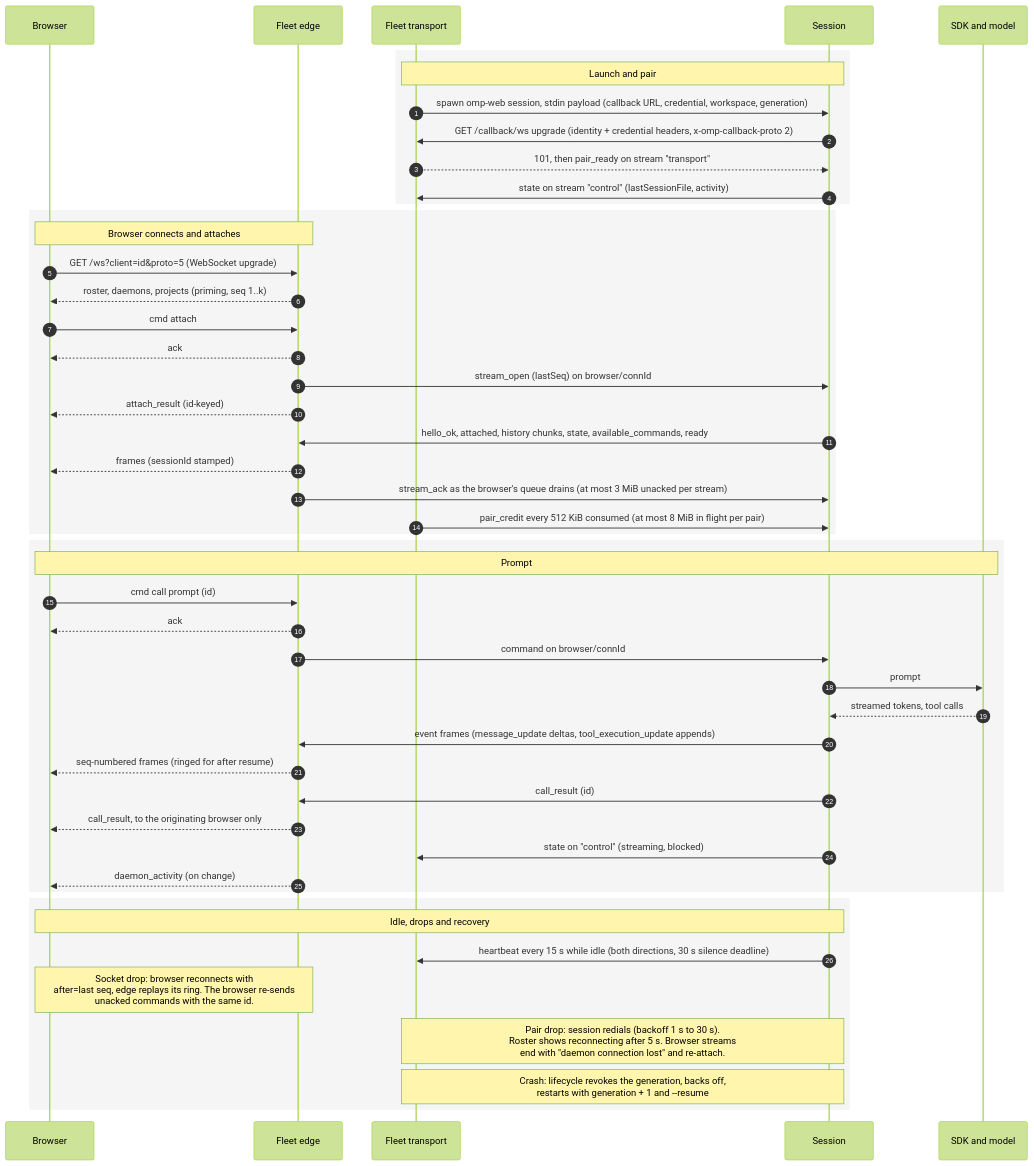
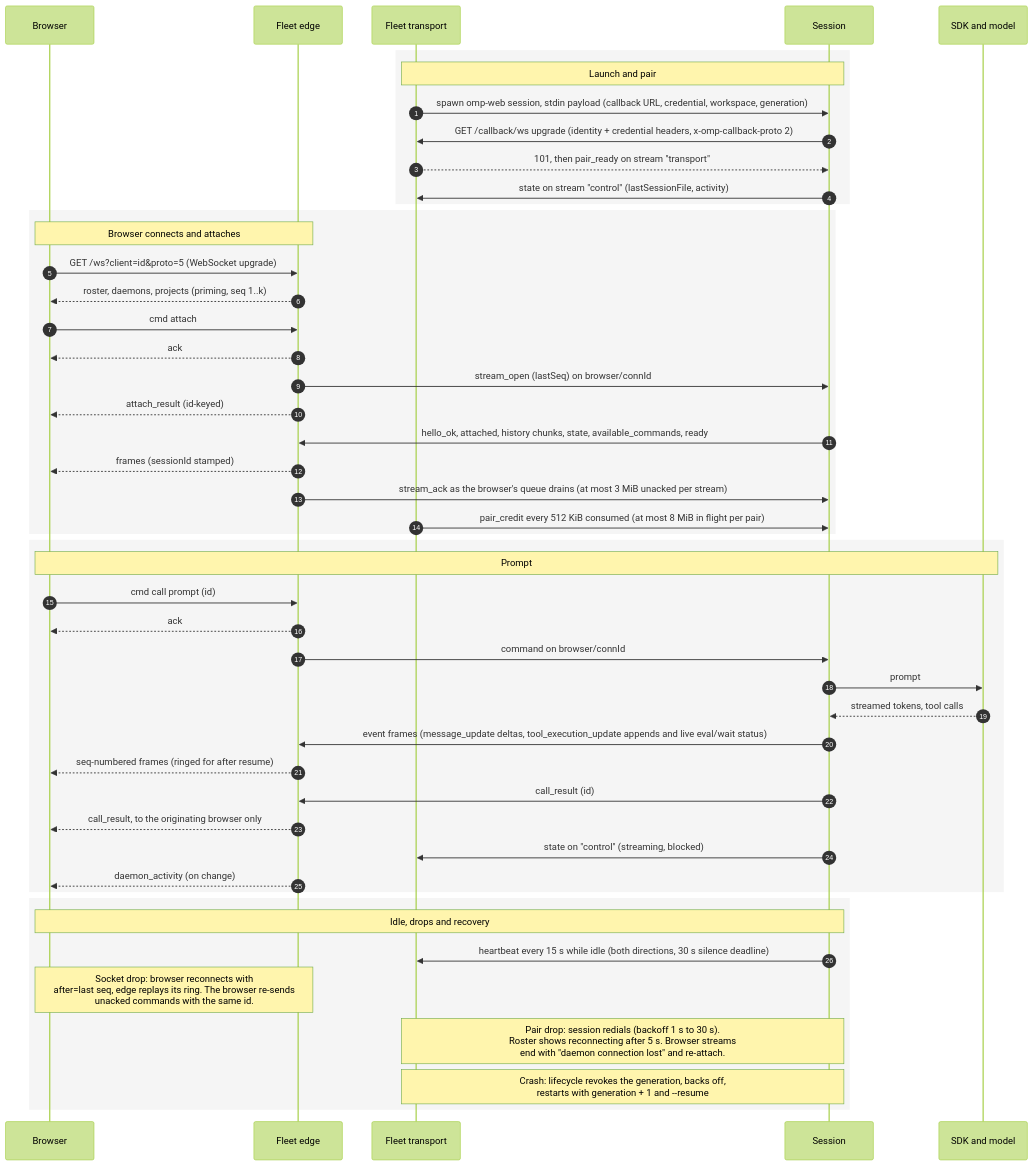
Before and after one commit to nibblebot/omp-web: the second of 2 diagrams in docs/architecture.md, drawn with Mermaid (forest theme). The commit also changed 31 other files, not shown here.

First line of the commit message:
feat(sdk): rich eval, MCP progress, wait and subagent-step tool cards (SDK 18.12.6)

````diff
--- a/docs/architecture.md
+++ b/docs/architecture.md
@@ -64,54 +64,54 @@
 ```mermaid
 sequenceDiagram
   autonumber
   participant B as Browser
   participant E as Fleet edge
   participant T as Fleet transport
   participant S as Session
   participant M as SDK and model
 
   rect rgba(128,128,128,0.08)
   Note over T,S: Launch and pair
   T->>S: spawn omp-web session, stdin payload (callback URL, credential, workspace, generation)
   S->>T: GET /callback/ws upgrade (identity + credential headers, x-omp-callback-proto 2)
   T-->>S: 101, then pair_ready on stream "transport"
   S->>T: state on stream "control" (lastSessionFile, activity)
   end
 
   rect rgba(128,128,128,0.08)
   Note over B,E: Browser connects and attaches
   B->>E: GET /ws?client=id&proto=5 (WebSocket upgrade)
   E-->>B: roster, daemons, projects (priming, seq 1..k)
   B->>E: cmd attach
   E-->>B: ack
   E->>S: stream_open (lastSeq) on browser/connId
   E-->>B: attach_result (id-keyed)
   S->>E: hello_ok, attached, history chunks, state, available_commands, ready
   E-->>B: frames (sessionId stamped)
   E->>S: stream_ack as the browser's queue drains (at most 3 MiB unacked per stream)
   T->>S: pair_credit every 512 KiB consumed (at most 8 MiB in flight per pair)
   end
 
   rect rgba(128,128,128,0.08)
   Note over B,M: Prompt
   B->>E: cmd call prompt (id)
   E-->>B: ack
   E->>S: command on browser/connId
   S->>M: prompt
   M-->>S: streamed tokens, tool calls
-  S->>E: event frames (message_update deltas, tool_execution_update appends)
+  S->>E: event frames (message_update deltas, tool_execution_update appends and live eval/wait status)
   E-->>B: seq-numbered frames (ringed for after resume)
   S->>E: call_result (id)
   E-->>B: call_result, to the originating browser only
   S->>T: state on "control" (streaming, blocked)
   E-->>B: daemon_activity (on change)
   end
 
   rect rgba(128,128,128,0.08)
   Note over B,S: Idle, drops and recovery
   S->>T: heartbeat every 15 s while idle (both directions, 30 s silence deadline)
   Note over B,E: Socket drop: browser reconnects with<br/>after=last seq, edge replays its ring. The browser re-sends<br/>unacked commands with the same id.
   Note over T,S: Pair drop: session redials (backoff 1 s to 30 s).<br/>Roster shows reconnecting after 5 s. Browser streams<br/>end with "daemon connection lost" and re-attach.
   Note over T,S: Crash: lifecycle revokes the generation, backs off,<br/>restarts with generation + 1 and --resume
   end
 ```
````
